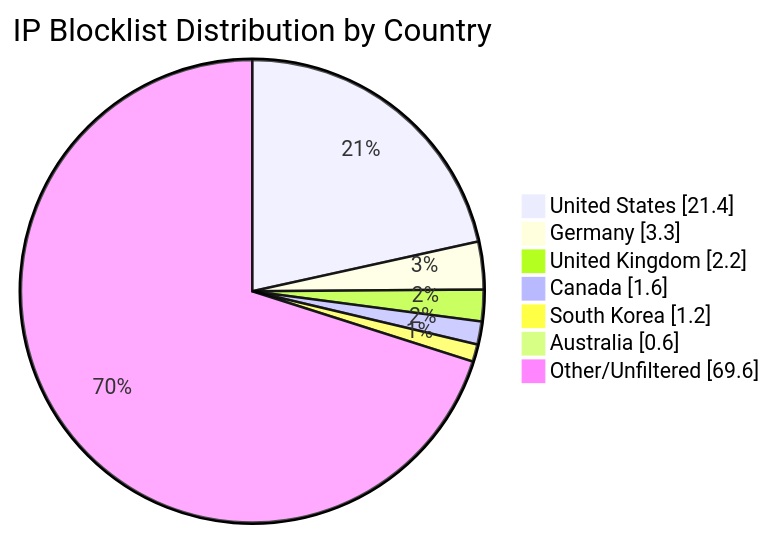
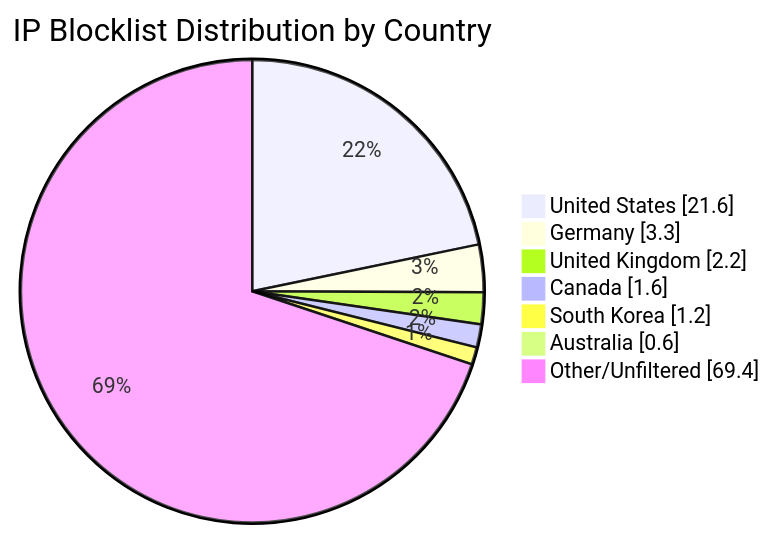
One commit to MarcusHoltz/ipblocklist-geofiltered-aggregator changed the diagram in README.md. Above: the diagram before and after it, drawn with Mermaid. The commit also changed other lines of this file and 9 other files, not shown here.

````diff
--- a/README.md
+++ b/README.md
@@ -34,10 +34,10 @@
 ```mermaid
 pie showData title IP Blocklist Distribution by Country
-"United States" : 21.4
+"United States" : 21.6
 "Germany" : 3.3
 "United Kingdom" : 2.2
 "Canada" : 1.6
 "South Korea" : 1.2
 "Australia" : 0.6
-"Other/Unfiltered" : 69.6
+"Other/Unfiltered" : 69.4
 ```
````
